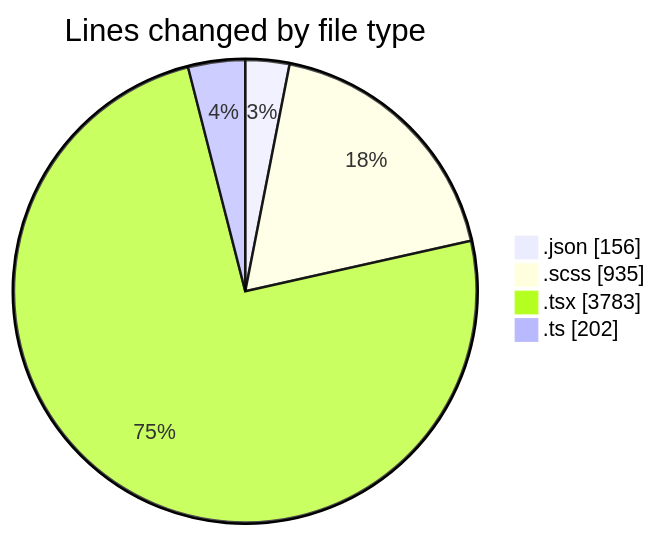
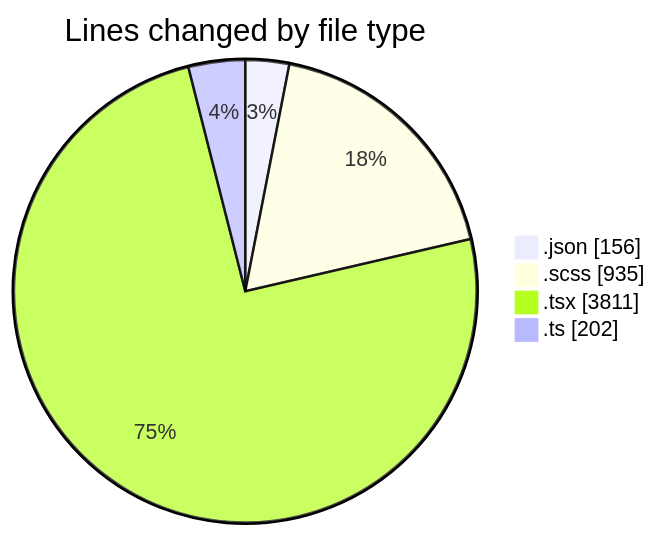
One commit to momahboobian/code-tracking changed the first of 2 diagrams in 2026-02-17/cda/README.md. Above: the diagram before and after it, drawn with Mermaid. The commit also changed other lines of this file and 1 other file, not shown here.

````diff
--- a/2026-02-17/cda/README.md
+++ b/2026-02-17/cda/README.md
@@ -32,8 +32,8 @@
 ```mermaid
 pie showData
 title Lines changed by file type
 ".json" : 156
 ".scss" : 935
-".tsx" : 3783
+".tsx" : 3811
 ".ts" : 202
 ```
````
